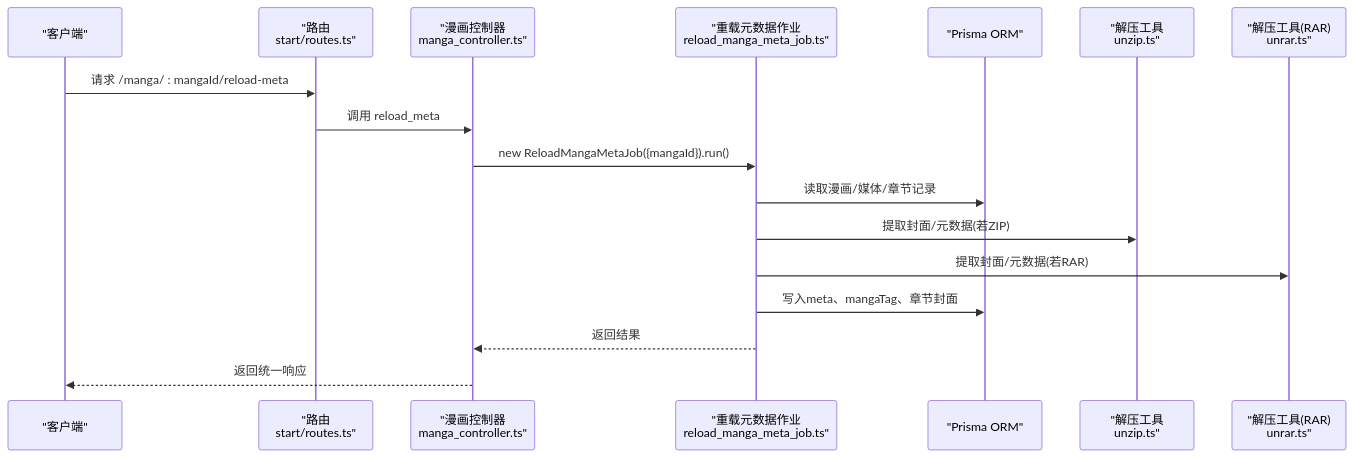
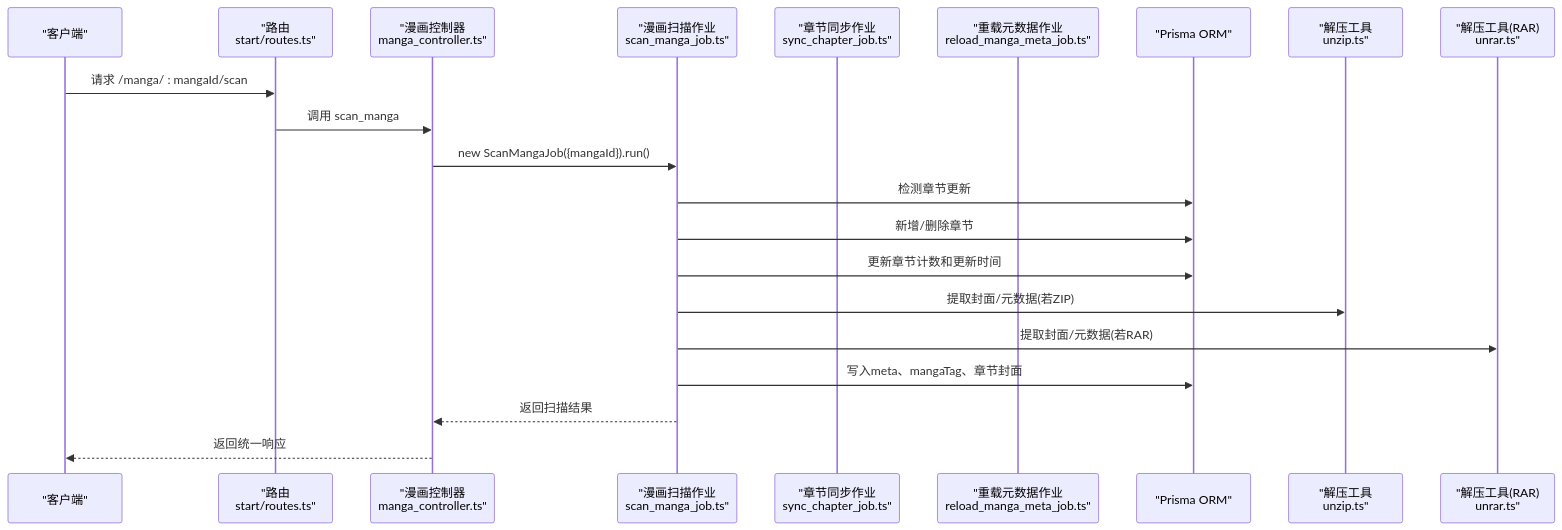
The second of 9 diagrams in .qoder/repowiki/zh/content/核心功能模块/漫画管理模块/漫画管理模块.md (lkw199711/smanga-adonis), drawn with Mermaid before and after one commit. The commit also changed other lines of this file and 8 other files, not shown here.

````diff
--- a/.qoder/repowiki/zh/content/核心功能模块/漫画管理模块/漫画管理模块.md
+++ b/.qoder/repowiki/zh/content/核心功能模块/漫画管理模块/漫画管理模块.md
@@ -132,19 +162,23 @@
 ```mermaid
 sequenceDiagram
 participant C as "客户端"
 participant R as "路由<br/>start/routes.ts"
 participant MC as "漫画控制器<br/>manga_controller.ts"
+participant SMJ as "漫画扫描作业<br/>scan_manga_job.ts"
+participant SYCJ as "章节同步作业<br/>sync_chapter_job.ts"
 participant RMJ as "重载元数据作业<br/>reload_manga_meta_job.ts"
 participant PRISMA as "Prisma ORM"
 participant UZ as "解压工具<br/>unzip.ts"
 participant UR as "解压工具(RAR)<br/>unrar.ts"
-C->>R : 请求 /manga/ : mangaId/reload-meta
-R->>MC : 调用 reload_meta
-MC->>RMJ : new ReloadMangaMetaJob({mangaId}).run()
-RMJ->>PRISMA : 读取漫画/媒体/章节记录
-RMJ->>UZ : 提取封面/元数据(若ZIP)
-RMJ->>UR : 提取封面/元数据(若RAR)
-RMJ->>PRISMA : 写入meta、mangaTag、章节封面
-RMJ-->>MC : 返回结果
+C->>R : 请求 /manga/ : mangaId/scan
+R->>MC : 调用 scan_manga
+MC->>SMJ : new ScanMangaJob({mangaId}).run()
+SMJ->>PRISMA : 检测章节更新
+SMJ->>PRISMA : 新增/删除章节
+SMJ->>PRISMA : 更新章节计数和更新时间
+SMJ->>UZ : 提取封面/元数据(若ZIP)
+SMJ->>UR : 提取封面/元数据(若RAR)
+SMJ->>PRISMA : 写入meta、mangaTag、章节封面
+SMJ-->>MC : 返回扫描结果
 MC-->>C : 返回统一响应
 ```
````
